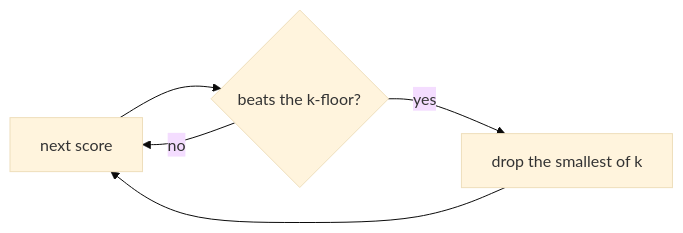
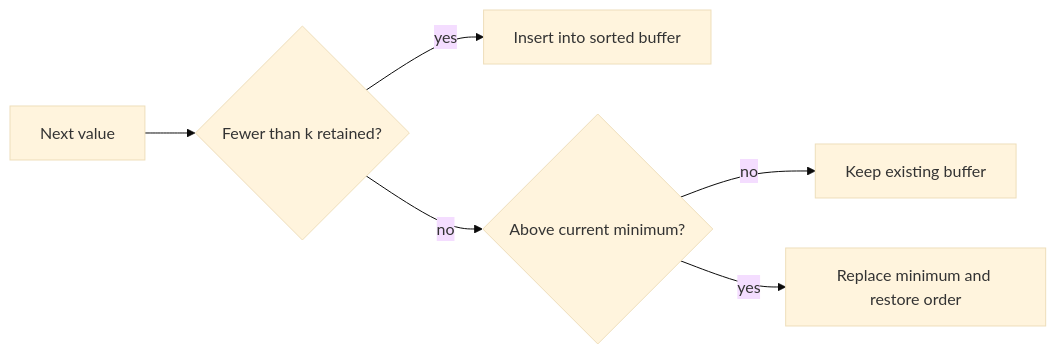
One commit to jdodsoncollins/study-material changed the diagram in lessons/algorithms/problems/kth-largest/viz/buf.md. Above: the diagram before and after it, drawn with Mermaid (base theme). The commit also changed 175 other files, not shown here.

````diff
--- a/lessons/algorithms/problems/kth-largest/viz/buf.md
+++ b/lessons/algorithms/problems/kth-largest/viz/buf.md
@@ -3,7 +3,8 @@
 ```mermaid
 flowchart LR
-  score[next score] --> beat{beats the k-floor?}
-  beat -->|no| score
-  beat -->|yes| evict[drop the smallest of k]
-  evict --> score
+  score[Next value] --> room{Fewer than k retained?}
+  room -->|yes| add[Insert into sorted buffer]
+  room -->|no| beat{Above current minimum?}
+  beat -->|no| skip[Keep existing buffer]
+  beat -->|yes| evict[Replace minimum and restore order]
 ```
````
